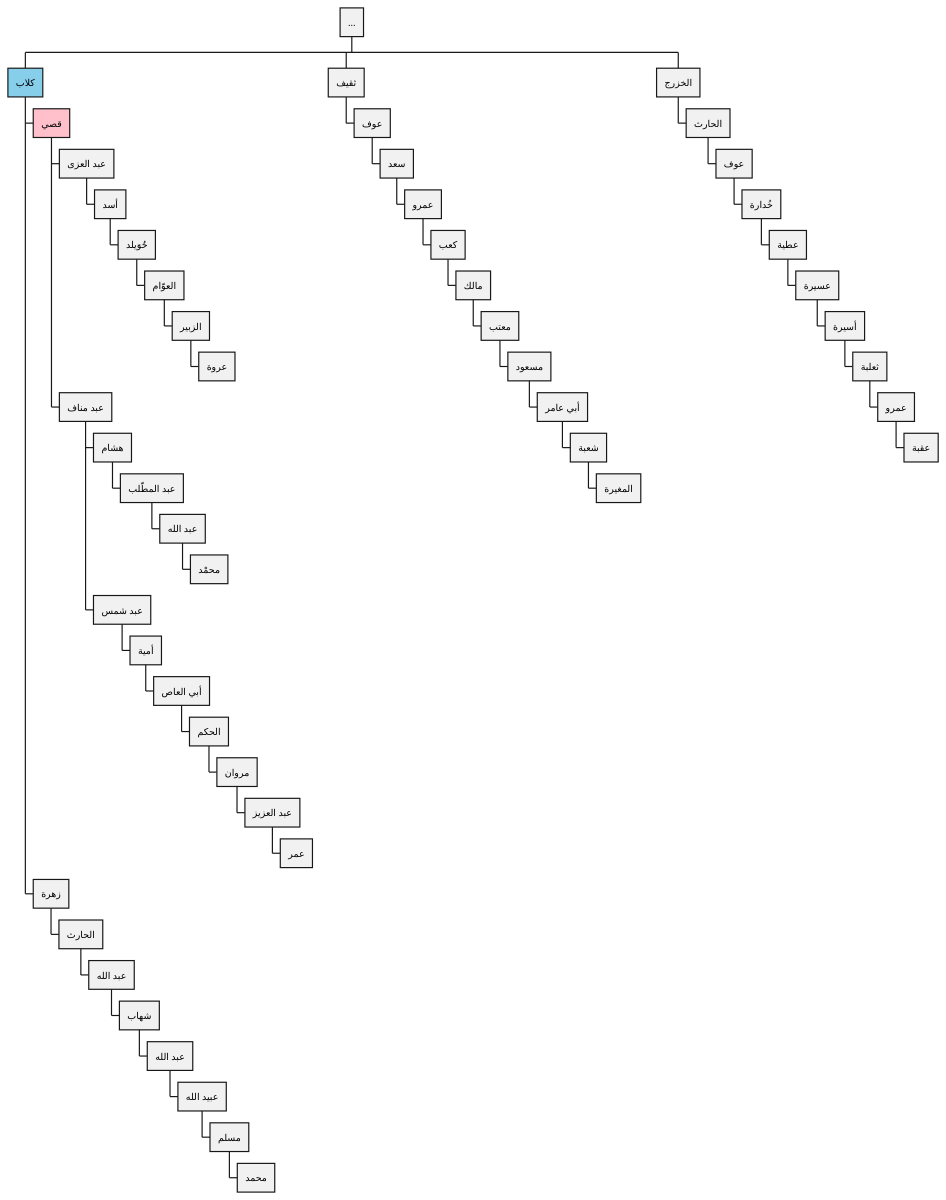
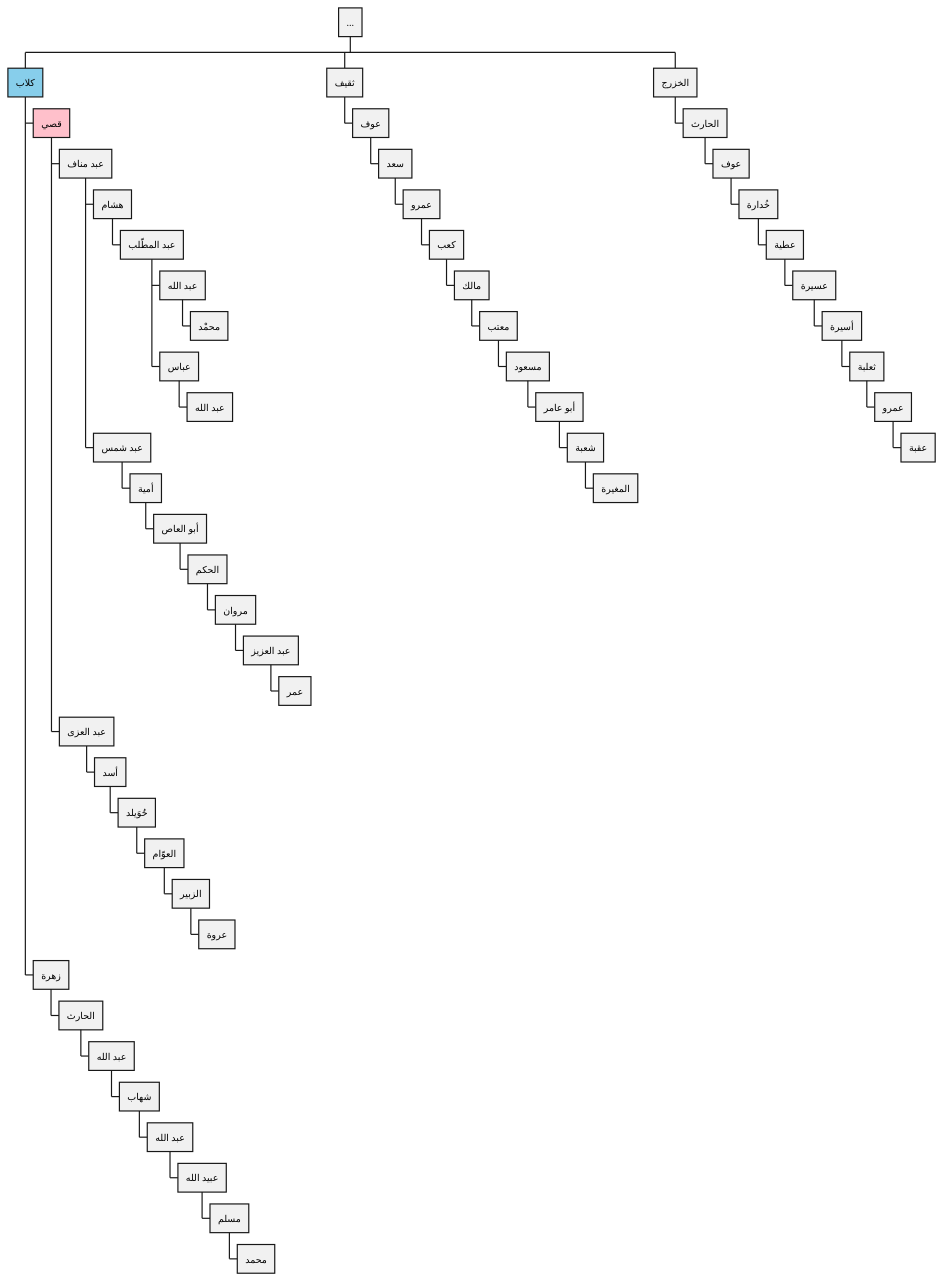
The diagram in تراجم/أنساب.puml (aowss/al-muwatta), drawn with PlantUML before and after one commit. The commit also changed 12 other files, not shown here.

```diff
--- a/تراجم/أنساب.puml
+++ b/تراجم/أنساب.puml
@@ -1,63 +1,70 @@
 @startwbs
 
 skinparam defaultFontName Helvetica
 skinparam DefaultTextAlignment right
 
 * ...
 
 **[#SkyBlue] كلاب
+
 ***[#pink] قصي
+
+**** عبد مناف
+
+***** هشام
+****** عبد المطّلب
+
+******* عبد الله
+******** محمْد
+
+******* عباس
+******** عبد الله
+
+***** عبد شمس
+****** أمية
+******* أبو العاص
+******** الحكم
+********* مروان
+********** عبد العزيز
+*********** عمر
+
 **** عبد العزى
 ***** أسد
 ****** خُوَيلد
 ******* العوّام
 ******** الزبير
 ********* عروة
-
-**** عبد مناف
-***** هشام
-****** عبد المطّلب
-******* عبد الله
-******** محمْد
-
-***** عبد شمس
-****** أمية
-******* أبي العاص
-******** الحكم
-********* مروان
-********** عبد العزيز
-*********** عمر
 
 *** زهرة
 **** الحارث
 ***** عبد الله
 ****** شهاب
 ******* عبد الله
 ******** عبيد الله
 ********* مسلم
 ********** محمد
 
 ** ثقيف
 *** عوف
 **** سعد
 ***** عمرو
 ****** كعب
 ******* مالك
 ******** معتب
 ********* مسعود
-********** أبي عامر
+********** أبو عامر
 *********** شعبة
 ************ المغيرة
 
 ** الخزرج
 *** الحارث
 **** عوف
 ***** خُدارة
 ****** عطية
 ******* عسيرة
 ******** أسيرة
 ********* ثعلبة
 ********** عمرو
 *********** عقبة
 
 @endwbs
```
